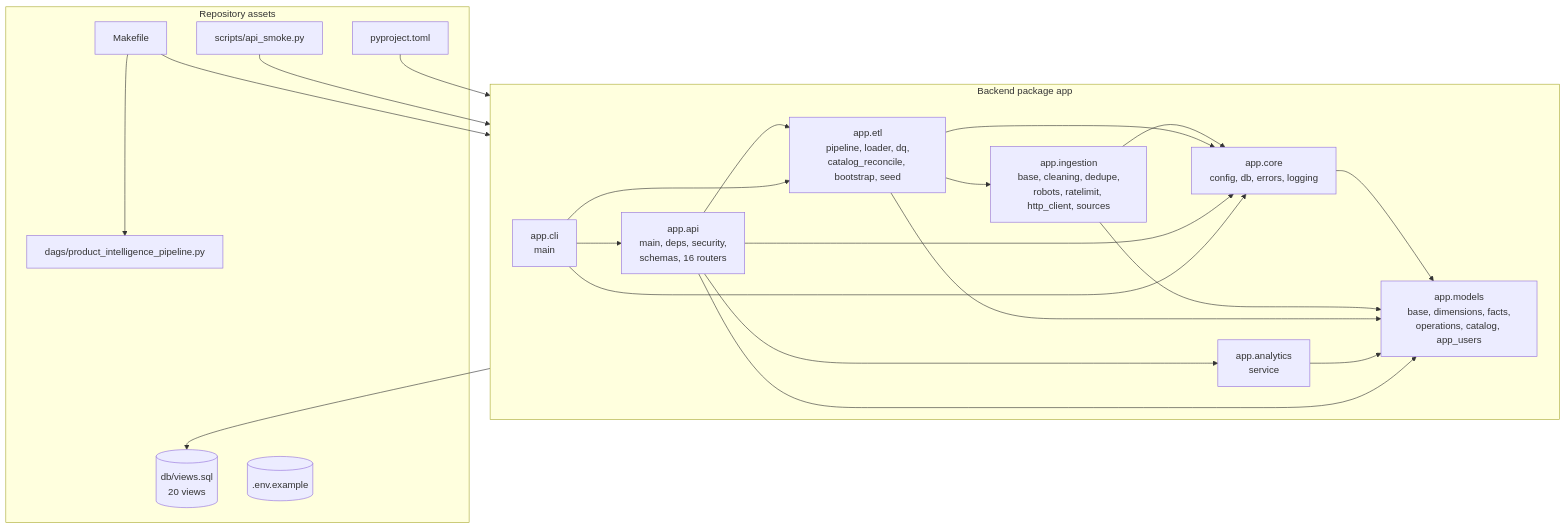
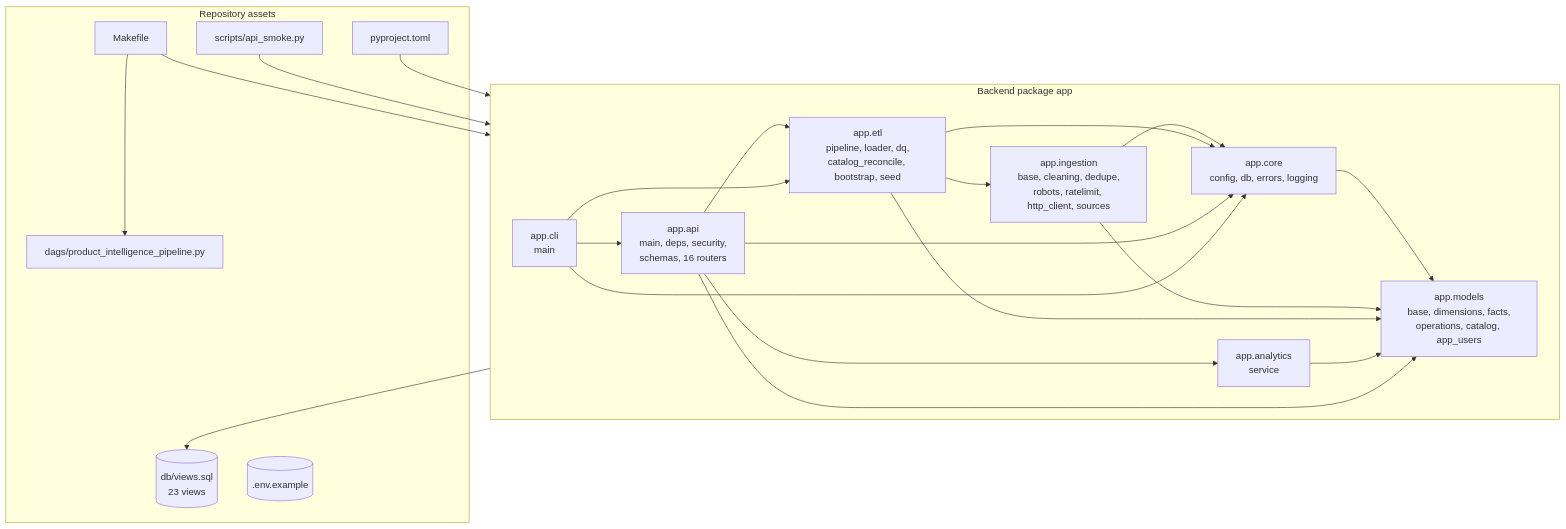
One commit to Ahmedbakr78/Web-to-Warehouse-Product-Intelligence-Pipeline changed the second of 3 diagrams in docs/13_deployment.md. Above: the diagram before and after it, drawn with Mermaid. The commit also changed other lines of this file and 92 other files, not shown here.

````diff
--- a/docs/13_deployment.md
+++ b/docs/13_deployment.md
@@ -165,42 +165,42 @@
 ```mermaid
 flowchart TB
     subgraph BACK["Backend package app"]
         direction LR
         CORE["app.core<br/>config, db, errors, logging"]
         ING["app.ingestion<br/>base, cleaning, dedupe,<br/>robots, ratelimit, http_client, sources"]
         ETL["app.etl<br/>pipeline, loader, dq,<br/>catalog_reconcile, bootstrap, seed"]
         ANA["app.analytics<br/>service"]
         API["app.api<br/>main, deps, security,<br/>schemas, 16 routers"]
         MODELS["app.models<br/>base, dimensions, facts,<br/>operations, catalog, app_users"]
         CLIM["app.cli<br/>main"]
     end
 
     subgraph ASSETS["Repository assets"]
-        SQL[("db/views.sql<br/>20 views")]
+        SQL[("db/views.sql<br/>23 views")]
         DAG["dags/product_intelligence_pipeline.py"]
         MK["Makefile"]
         ENV[(".env.example")]
         SMOKE["scripts/api_smoke.py"]
         CFG["pyproject.toml"]
     end
 
     CORE --> MODELS
     ING --> CORE
     ING --> MODELS
     ETL --> CORE
     ETL --> ING
     ETL --> MODELS
     ANA --> MODELS
     API --> ANA
     API --> ETL
     API --> MODELS
     API --> CORE
     CLIM --> ETL
     CLIM --> API
     CLIM --> CORE
     ETL --> SQL
     MK --> CLIM
     MK --> DAG
     SMOKE --> API
     CFG --> CORE
 ```
````
